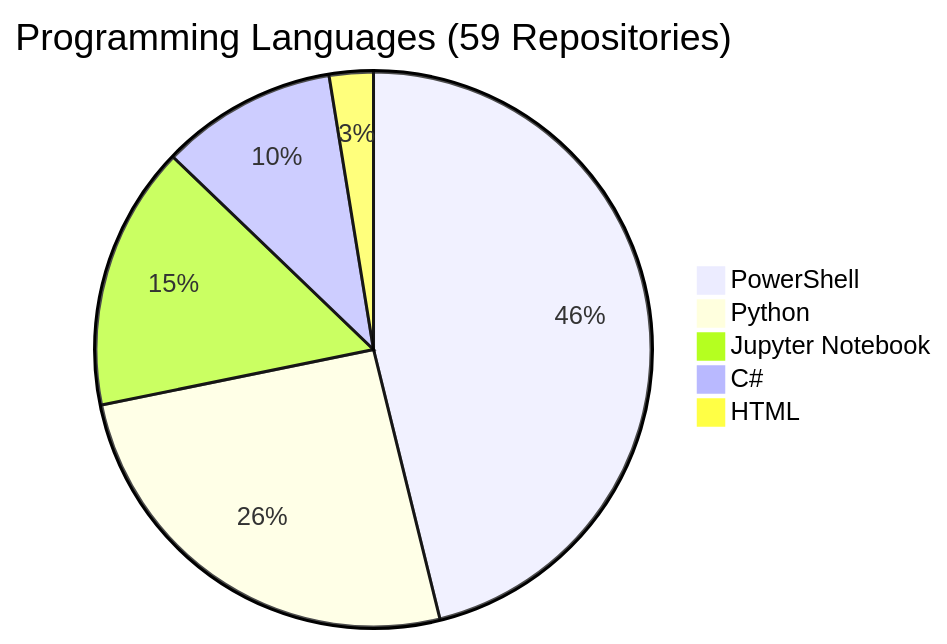
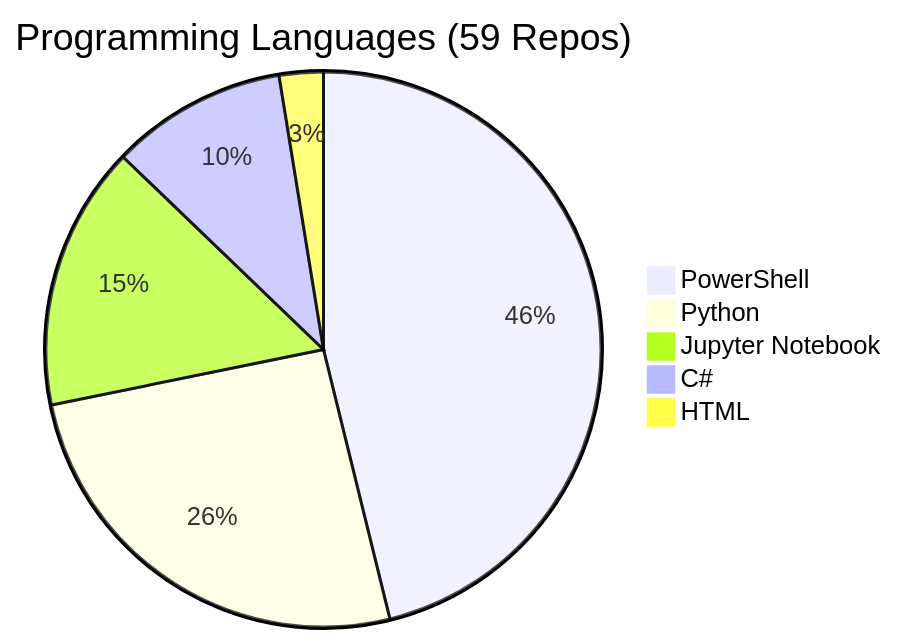
Before and after one commit to fabioc-aloha/fabioc-aloha: the diagram in REPOS.md, drawn with Mermaid. The commit also changed other lines of this file and 1 other file, not shown here.

Commit message:
chore: daily repository analysis update (2025-10-23-1524) (#110)
🤖 Automated daily update via Alex Finch cognitive architecture
📊 Updated repository analysis data with latest project activity
📝 Refreshed documentation with current statistics and metrics
🔄 Synchronized portfolio data across all documentation files

📅 Generated: 2025-10-23 15:24 UTC
🎯 Workflow: Daily Repository Analysis Update
🆔 Run ID: 18753382318
📁 Files updated: 2

````diff
--- a/REPOS.md
+++ b/REPOS.md
@@ -102,8 +102,8 @@
 ```mermaid
-pie title Programming Languages (59 Repositories)
+pie title Programming Languages (59 Repos)
     "PowerShell" : 18
     "Python" : 10
     "Jupyter Notebook" : 6
     "C#" : 4
     "HTML" : 1
 ```
````
